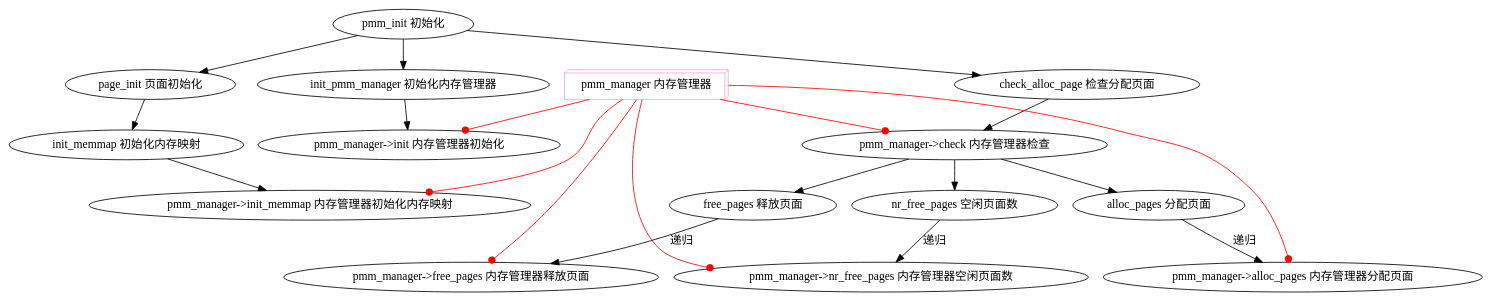
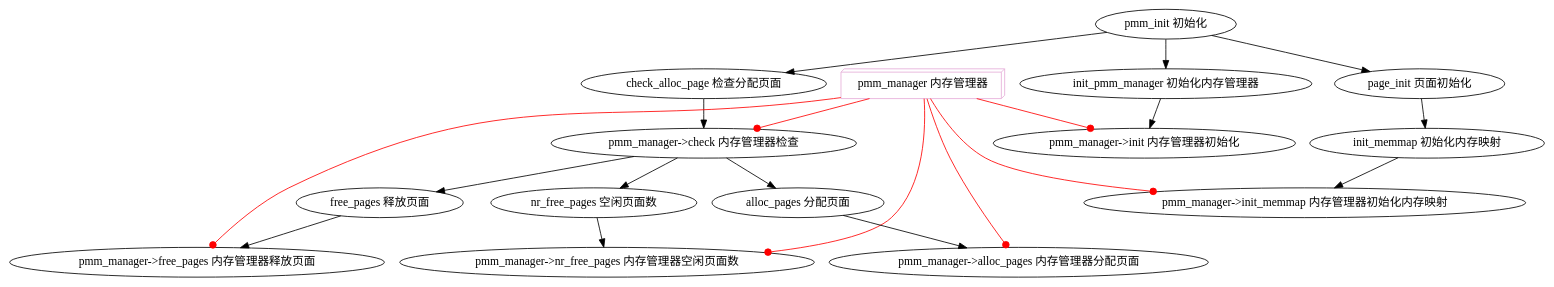
The diagram in show.dot (2212323/OSlab), drawn with Graphviz before and after one commit. The commit also changed 1 other file, not shown here.

```diff
--- a/show.dot
+++ b/show.dot
@@ -1,26 +1,26 @@
 digraph G {
     "pmm_init 初始化" -> "init_pmm_manager 初始化内存管理器";
     "pmm_init 初始化" -> "page_init 页面初始化";
     "pmm_init 初始化" -> "check_alloc_page 检查分配页面";
 
     "init_pmm_manager 初始化内存管理器" -> "pmm_manager->init 内存管理器初始化";
 
     "page_init 页面初始化" -> "init_memmap 初始化内存映射";
     "init_memmap 初始化内存映射" -> "pmm_manager->init_memmap 内存管理器初始化内存映射";
 
     "check_alloc_page 检查分配页面" -> "pmm_manager->check 内存管理器检查";
     "pmm_manager 内存管理器"[shape=box3d, color="#e6add8"];
     "pmm_manager 内存管理器" -> "pmm_manager->init_memmap 内存管理器初始化内存映射" [arrowhead="dot", color="red"];
     "pmm_manager 内存管理器" -> "pmm_manager->init 内存管理器初始化" [arrowhead="dot", color="red"];
     "pmm_manager 内存管理器" -> "pmm_manager->alloc_pages 内存管理器分配页面" [arrowhead="dot", color="red"];
     "pmm_manager 内存管理器" -> "pmm_manager->free_pages 内存管理器释放页面" [arrowhead="dot", color="red"];
     "pmm_manager 内存管理器" -> "pmm_manager->nr_free_pages 内存管理器空闲页面数" [arrowhead="dot", color="red"];
     "pmm_manager 内存管理器" -> "pmm_manager->check 内存管理器检查" [arrowhead="dot", color="red"];
     "pmm_manager->check 内存管理器检查" -> "alloc_pages 分配页面";
-    "alloc_pages 分配页面" -> "pmm_manager->alloc_pages 内存管理器分配页面"[label="递归"];
+    "alloc_pages 分配页面" -> "pmm_manager->alloc_pages 内存管理器分配页面";
     "pmm_manager->check 内存管理器检查" -> "free_pages 释放页面";
-    "free_pages 释放页面" -> "pmm_manager->free_pages 内存管理器释放页面"[label="递归"];
+    "free_pages 释放页面" -> "pmm_manager->free_pages 内存管理器释放页面";
     "pmm_manager->check 内存管理器检查" -> "nr_free_pages 空闲页面数";
-    "nr_free_pages 空闲页面数" -> "pmm_manager->nr_free_pages 内存管理器空闲页面数"[label="递归"];
+    "nr_free_pages 空闲页面数" -> "pmm_manager->nr_free_pages 内存管理器空闲页面数";
     //[shape=ellipse, color=lightblue];
 }
```
